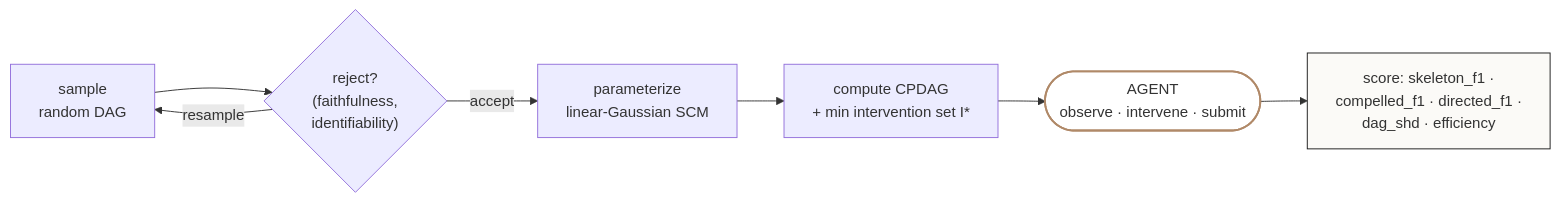
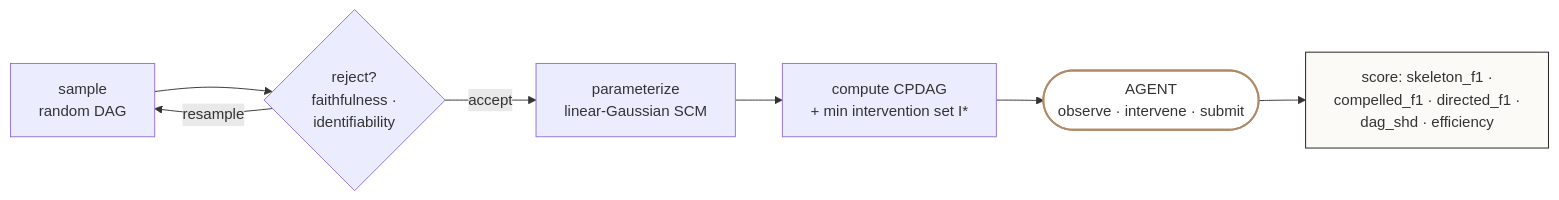
One commit to langkhachhoha/Active-Causal-Discovery-Bench changed the diagram in README.md. Above: the diagram before and after it, drawn with Mermaid. The commit also changed other lines of this file and 2 other files, not shown here.

````diff
--- a/README.md
+++ b/README.md
@@ -28,11 +21,11 @@
 ```mermaid
 flowchart LR
-    A["sample<br/>random DAG"] --> B{"reject?<br/>(faithfulness,<br/>identifiability)"}
+    A["sample<br/>random DAG"] --> B{"reject?<br/>faithfulness ·<br/>identifiability"}
     B -->|"resample"| A
     B -->|"accept"| C["parameterize<br/>linear-Gaussian SCM"]
     C --> D["compute CPDAG<br/>+ min intervention set I*"]
     D --> E(["AGENT<br/>observe · intervene · submit"])
     E --> F["score: skeleton_f1 ·<br/>compelled_f1 · directed_f1 ·<br/>dag_shd · efficiency"]
     style E fill:#fff,stroke:#b08968,stroke-width:2px
     style F fill:#fbfaf7,stroke:#1a1a1a
 ```
````
